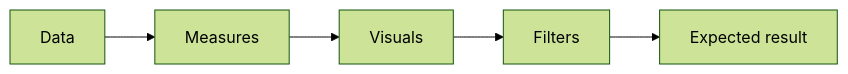
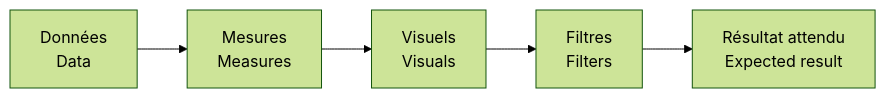
Before and after one commit to jeffersonkuku/powerbi-portfolio-projects: the diagram in powerbi-procurement-financial-control-tower/docs/VALIDATION.md, drawn with Mermaid (forest theme). The commit also changed other lines of this file and 8 other files, not shown here.

````diff
--- a/powerbi-procurement-financial-control-tower/docs/VALIDATION.md
+++ b/powerbi-procurement-financial-control-tower/docs/VALIDATION.md
@@ -13,7 +8,7 @@
 ```mermaid
 flowchart LR
-    A[Data] --> B[Measures]
-    B --> C[Visuals]
-    C --> D[Filters]
-    D --> E[Expected result]
+    A[Données<br/>Data] --> B[Mesures<br/>Measures]
+    B --> C[Visuels<br/>Visuals]
+    C --> D[Filtres<br/>Filters]
+    D --> E[Résultat attendu<br/>Expected result]
 ```
````
